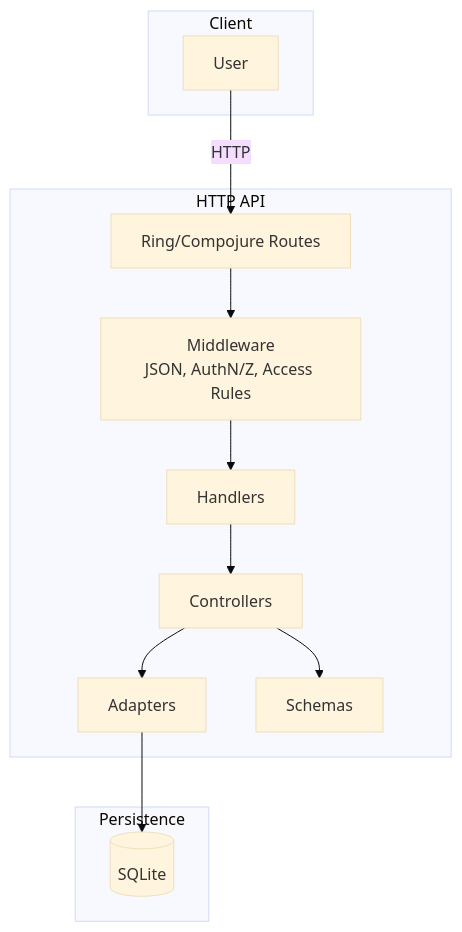
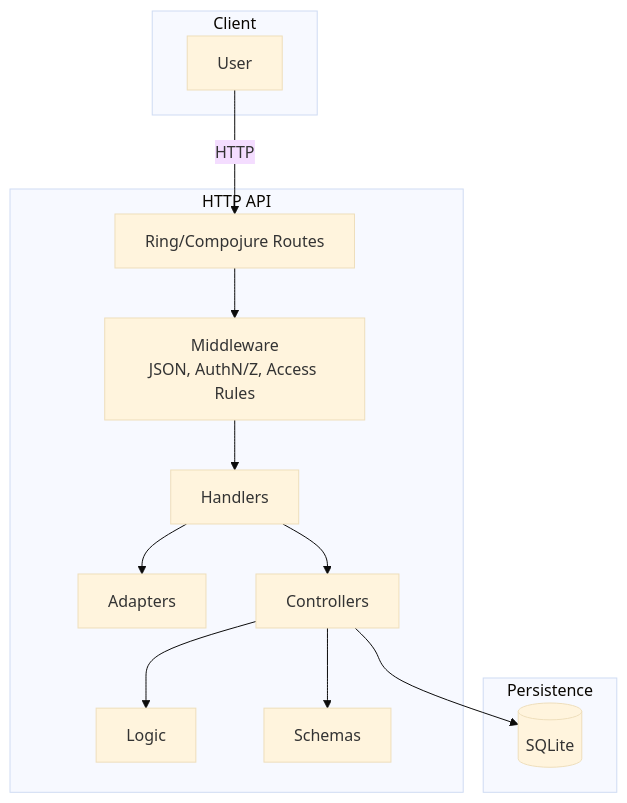
One commit to marlonchalegre/api-peladaapp changed the diagram in README.md. Above: the diagram before and after it, drawn with Mermaid (base theme). The commit also changed other lines of this file and 4 other files, not shown here.

````diff
--- a/README.md
+++ b/README.md
@@ -109,22 +117,27 @@
 ```mermaid
 flowchart TD
   subgraph Client
     U[User]
   end
 
   subgraph API[HTTP API]
     A[Ring/Compojure Routes]
     M[Middleware\nJSON, AuthN/Z, Access Rules]
     H[Handlers]
+    D[Adapters]
     C[Controllers]
-    D[Adapters]
+    L[Logic]
     S[Schemas]
   end
 
   subgraph Data[Persistence]
     DB[(SQLite)]
   end
 
-  U -->|HTTP| A --> M --> H --> C --> D --> DB
+  U -->|HTTP| A --> M --> H
+  H --> D
+  H --> C
+  C --> L
   C --> S
+  C --> DB
 ```
````
